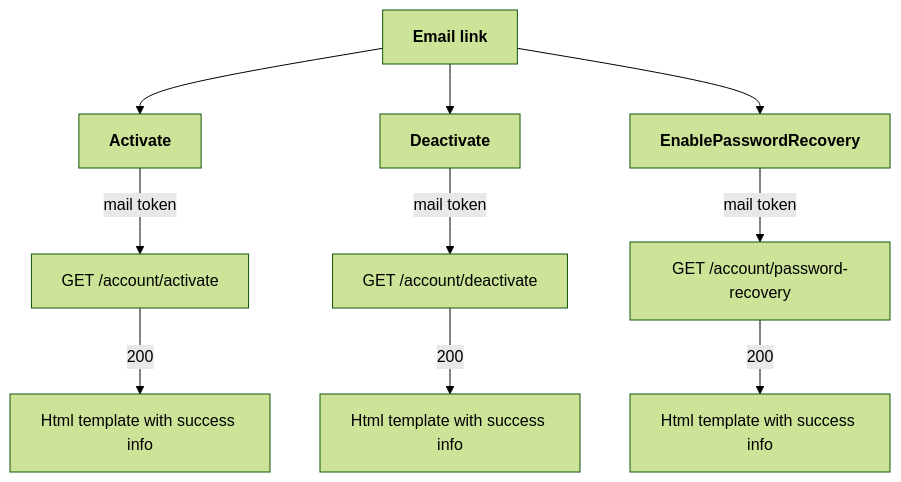
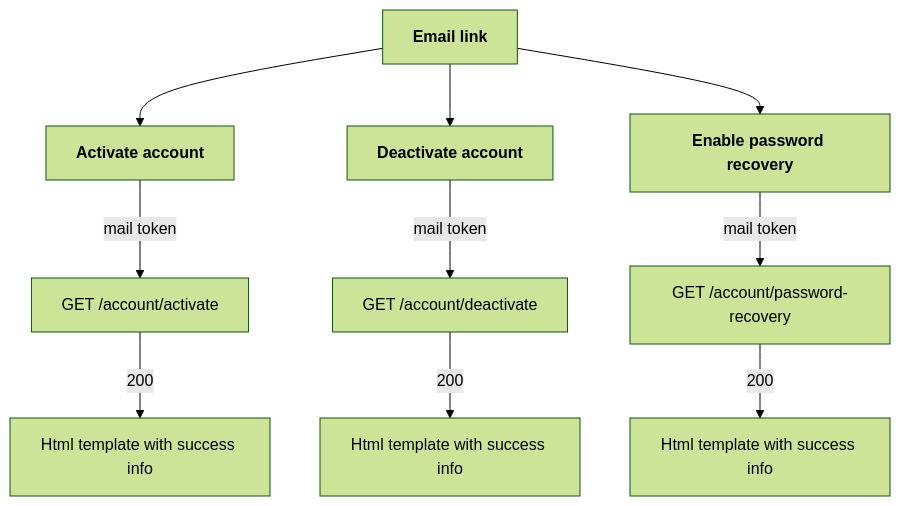
The second of 12 diagrams in README.md (Karmello/ask-the-world-api), drawn with Mermaid (forest theme) before and after one commit.

````diff
--- a/README.md
+++ b/README.md
@@ -36,7 +36,7 @@
 ```mermaid
 flowchart
 ROOT[<b>Email link</b>]
-ROOT --> A1[<b>Activate</b>] --> |mail token|A2[GET /account/activate] --> |200|A3[Html template with success info]
-ROOT --> B1[<b>Deactivate</b>] --> |mail token|B2[GET /account/deactivate] --> |200|B3[Html template with success info]
-ROOT --> C1[<b>EnablePasswordRecovery</b>] --> |mail token|C2[GET /account/password-recovery] --> |200|C3[Html template with success info]
+ROOT --> A1[<b>Activate account</b>] --> |mail token|A2[GET /account/activate] --> |200|A3[Html template with success info]
+ROOT --> B1[<b>Deactivate account</b>] --> |mail token|B2[GET /account/deactivate] --> |200|B3[Html template with success info]
+ROOT --> C1[<b>Enable password recovery</b>] --> |mail token|C2[GET /account/password-recovery] --> |200|C3[Html template with success info]
 ```
````
